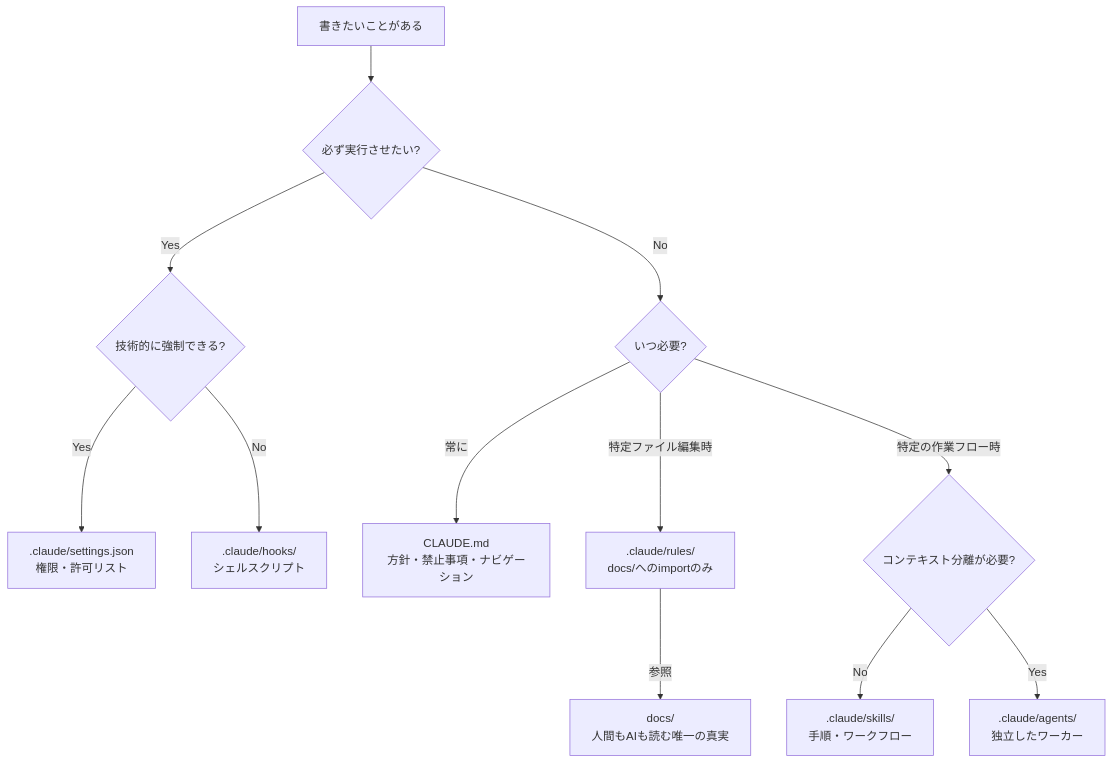
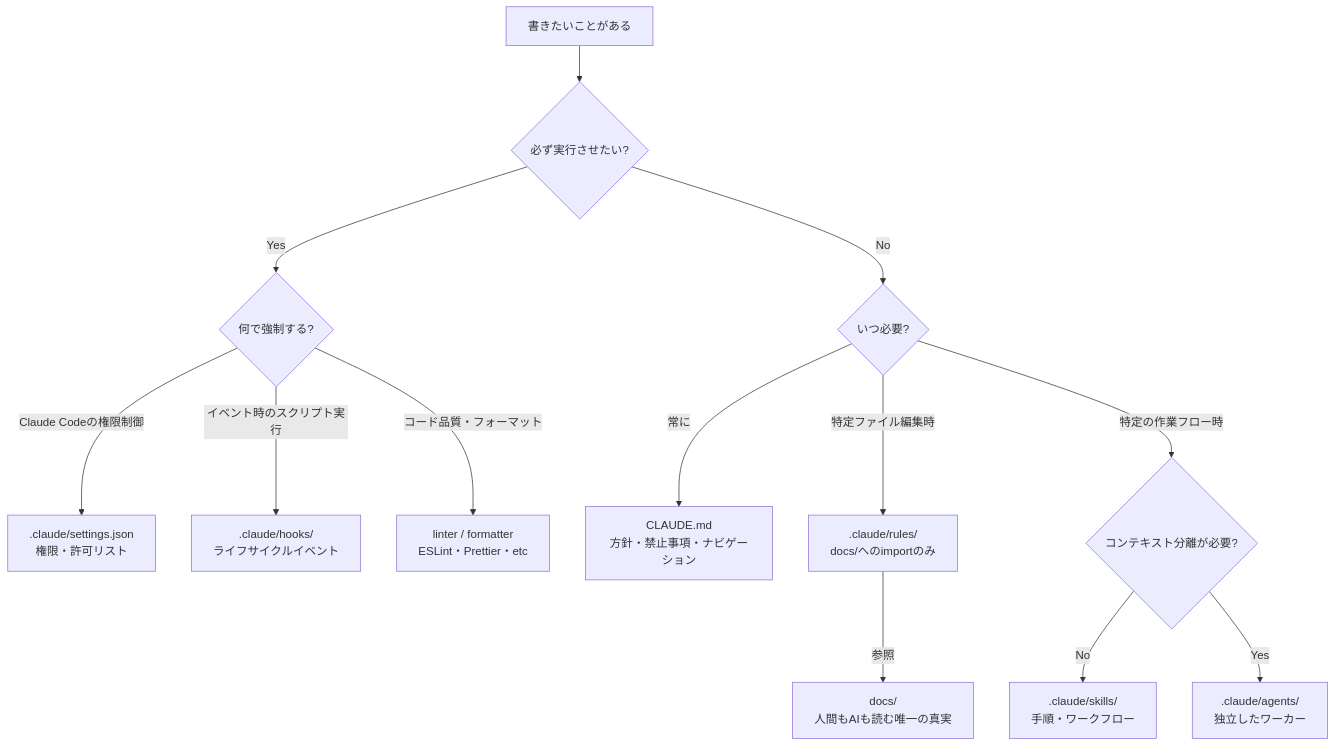
One commit to taichi-t/claude changed the first of 2 diagrams in docs/AI_COLLABORATION.md. Above: the diagram before and after it, drawn with Mermaid.

Commit message:
Add linter/formatter as enforcement option in decision flowchart
技術的に強制する手段としてsettings・hooksに加えlinter/formatterを追加。

https://claude.ai/code/session_016gUnTojp3HBXcCSGgHM1WQ

````diff
--- a/docs/AI_COLLABORATION.md
+++ b/docs/AI_COLLABORATION.md
@@ -19,16 +19,17 @@
 ```mermaid
 flowchart TD
     Start["書きたいことがある"] --> Q1{必ず実行させたい?}
-    Q1 -->|Yes| Q1a{技術的に強制できる?}
-    Q1a -->|Yes| Settings[".claude/settings.json\n権限・許可リスト"]
-    Q1a -->|No| Hooks[".claude/hooks/\nシェルスクリプト"]
+    Q1 -->|Yes| Q1a{何で強制する?}
+    Q1a -->|Claude Codeの権限制御| Settings[".claude/settings.json\n権限・許可リスト"]
+    Q1a -->|イベント時のスクリプト実行| Hooks[".claude/hooks/\nライフサイクルイベント"]
+    Q1a -->|コード品質・フォーマット| Linter["linter / formatter\nESLint・Prettier・etc"]
 
     Q1 -->|No| Q2{いつ必要?}
     Q2 -->|常に| CLAUDE["CLAUDE.md\n方針・禁止事項・ナビゲーション"]
     Q2 -->|特定ファイル編集時| Rules[".claude/rules/\ndocs/へのimportのみ"]
     Q2 -->|特定の作業フロー時| Q3{コンテキスト分離が必要?}
     Q3 -->|No| Skills[".claude/skills/\n手順・ワークフロー"]
     Q3 -->|Yes| Agents[".claude/agents/\n独立したワーカー"]
 
     Rules -->|参照| Docs["docs/\n人間もAIも読む唯一の真実"]
 ```
````
